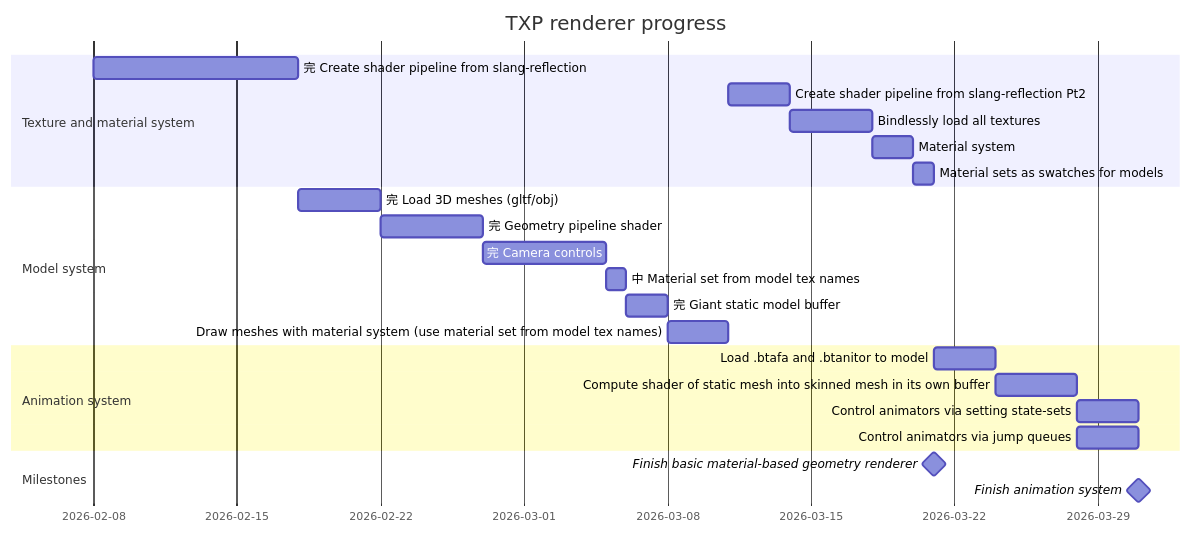
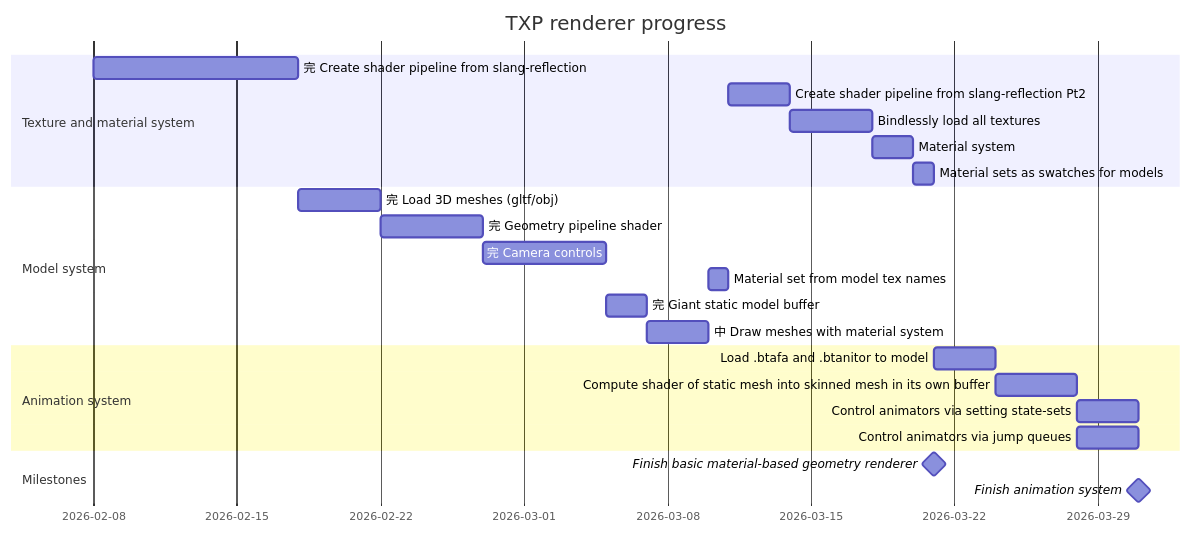
Before and after one commit to TheaGal/TXP_renderer: the second of 3 diagrams in README.md, drawn with Mermaid.

Commit message:
update timeline

````diff
--- a/README.md
+++ b/README.md
@@ -95,26 +95,26 @@
 ```mermaid
 gantt
     title TXP renderer progress
     dateFormat YYYY/MM/DD
     section Texture and material system
         完 Create shader pipeline from slang-reflection  : a1, 2026/02/08, 10d
-        Create shader pipeline from slang-reflection Pt2  : a1_1, after a8, 3d
+        Create shader pipeline from slang-reflection Pt2  : a1_1, after a6, 3d
         Bindlessly load all textures          : a2, after a1_1, 4d
         Material system                       : a3, after a2, 2d
         Material sets as swatches for models  : a4, after a3, 1d
     section Model system
         完 Load 3D meshes (gltf/obj)         : a5, after a1, 4d
         完 Geometry pipeline shader          : a5_1, after a5, 5d
         完 Camera controls                  : a5_2, after a5_1, 6d
-        中 Material set from model tex names : a6, after a5_2, 1d
-        完 Giant static model buffer         : a7, after a6, 2d
-        Draw meshes with material system (use material set from model tex names)  : a8, after a7, 3d
+        Material set from model tex names : a6, after a8, 1d
+        完 Giant static model buffer         : a7, after a5_2, 2d
+        中 Draw meshes with material system  : a8, after a7, 3d
     section Animation system
         Load .btafa and .btanitor to model : a9, after m1, 3d
         Compute shader of static mesh into skinned mesh in its own buffer : a10, after a9, 4d
         Control animators via setting state-sets : a11, after a10, 3d
         Control animators via jump queues : a12, after a10, 3d
     section Milestones
         Finish basic material-based geometry renderer : milestone, m1, after a4, 0d
         Finish animation system : milestone, m2, after a12, 0d
 ```
````
